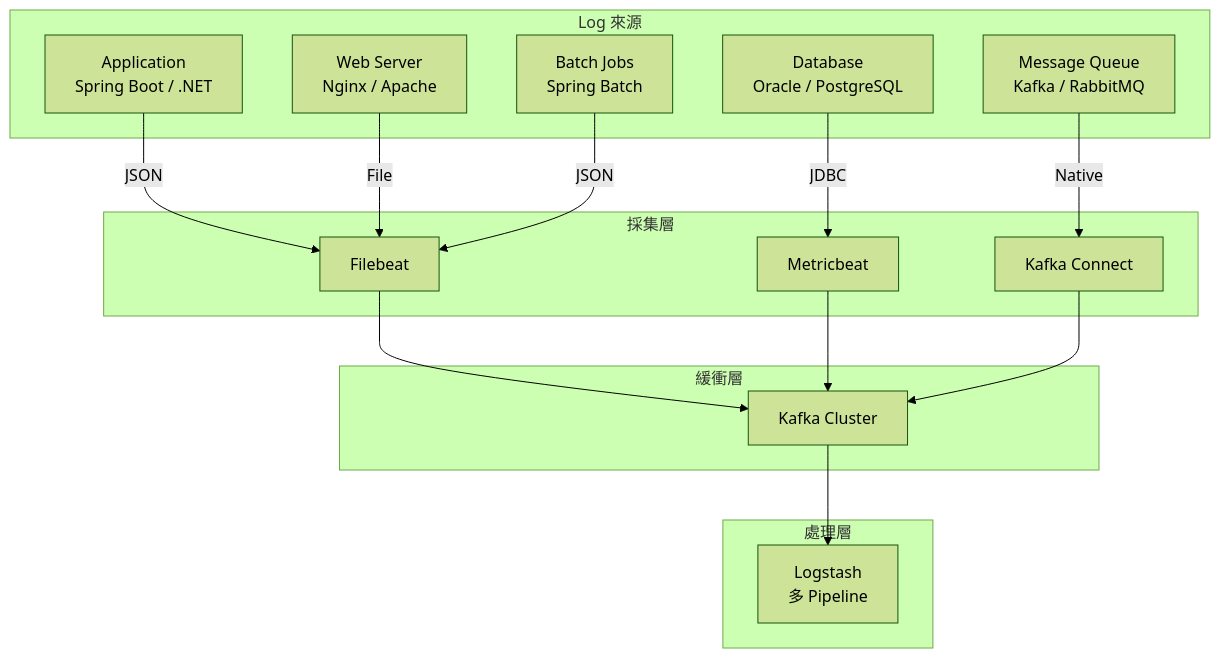
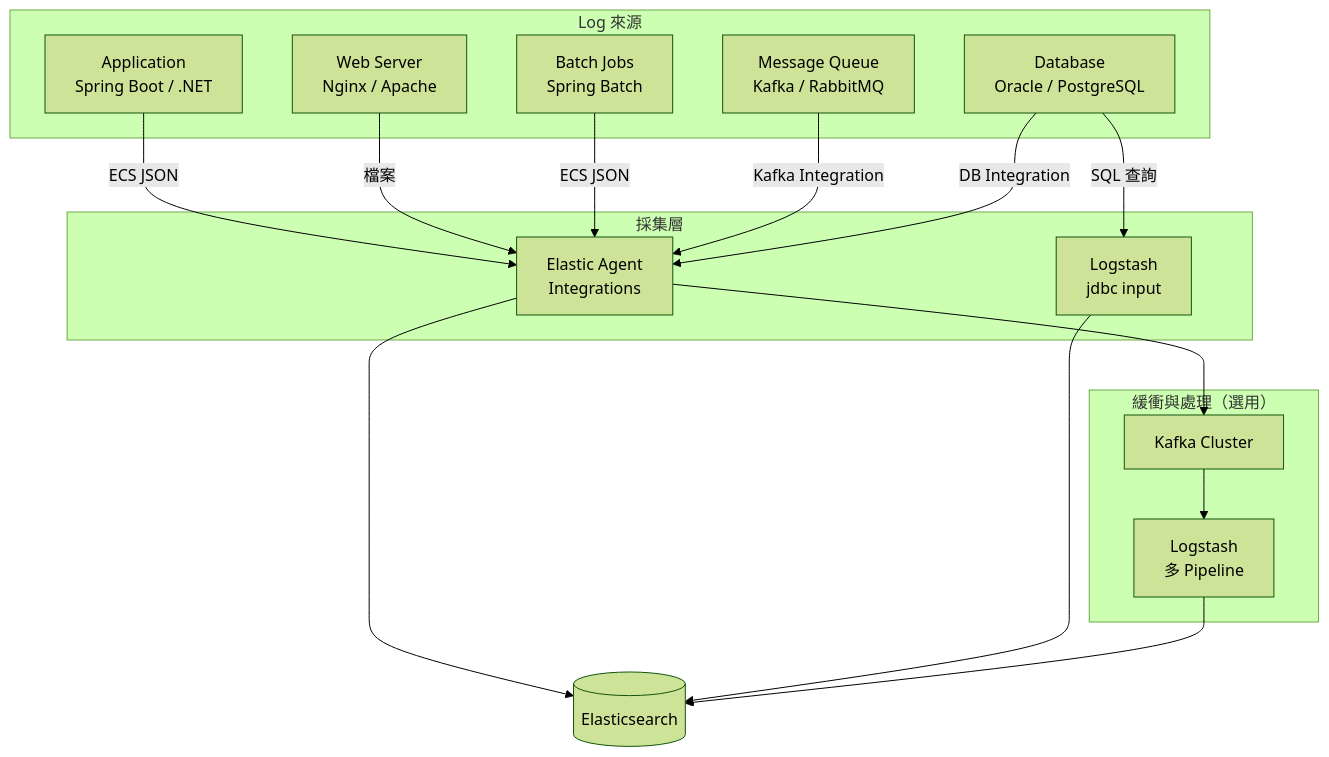
Before and after one commit to chihhung/Blog: the ninth of 19 diagrams in content/posts/教學/工具/Logs Visualization教學手冊.md, drawn with Mermaid (forest theme). The commit also changed other lines of this file and 8 other files, not shown here.

````diff
--- a/content/posts/教學/工具/Logs Visualization教學手冊.md
+++ b/content/posts/教學/工具/Logs Visualization教學手冊.md
@@ -867,35 +1300,35 @@
 ```mermaid
 graph TB
     subgraph "Log 來源"
         APP[Application<br/>Spring Boot / .NET]
         DB[Database<br/>Oracle / PostgreSQL]
         MQ[Message Queue<br/>Kafka / RabbitMQ]
         BATCH[Batch Jobs<br/>Spring Batch]
         NGINX[Web Server<br/>Nginx / Apache]
     end
-    
+
     subgraph "採集層"
-        FB[Filebeat]
-        MB[Metricbeat]
-        KB[Kafka Connect]
+        AG[Elastic Agent<br/>Integrations]
+        LSJ[Logstash<br/>jdbc input]
     end
-    
-    subgraph "緩衝層"
+
+    subgraph "緩衝與處理（選用）"
         KAFKA[Kafka Cluster]
-    end
-    
-    subgraph "處理層"
         LS[Logstash<br/>多 Pipeline]
     end
-    
-    APP -->|JSON| FB
-    NGINX -->|File| FB
-    DB -->|JDBC| MB
-    MQ -->|Native| KB
-    BATCH -->|JSON| FB
-    
-    FB --> KAFKA
-    MB --> KAFKA
-    KB --> KAFKA
+
+    ES[(Elasticsearch)]
+
+    APP -->|ECS JSON| AG
+    NGINX -->|檔案| AG
+    BATCH -->|ECS JSON| AG
+    MQ -->|Kafka Integration| AG
+    DB -->|DB Integration| AG
+    DB -->|SQL 查詢| LSJ
+
+    AG --> KAFKA
+    AG --> ES
     KAFKA --> LS
+    LSJ --> ES
+    LS --> ES
 ```
````
